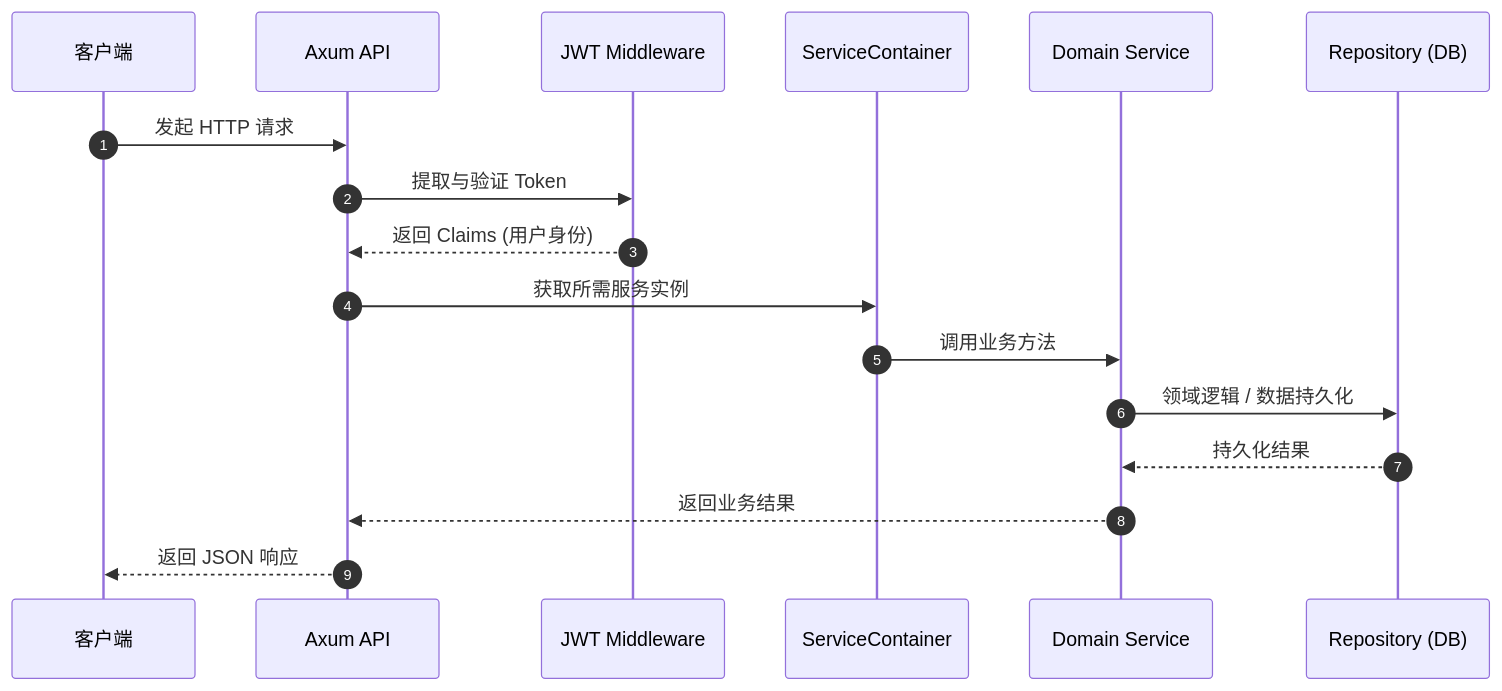
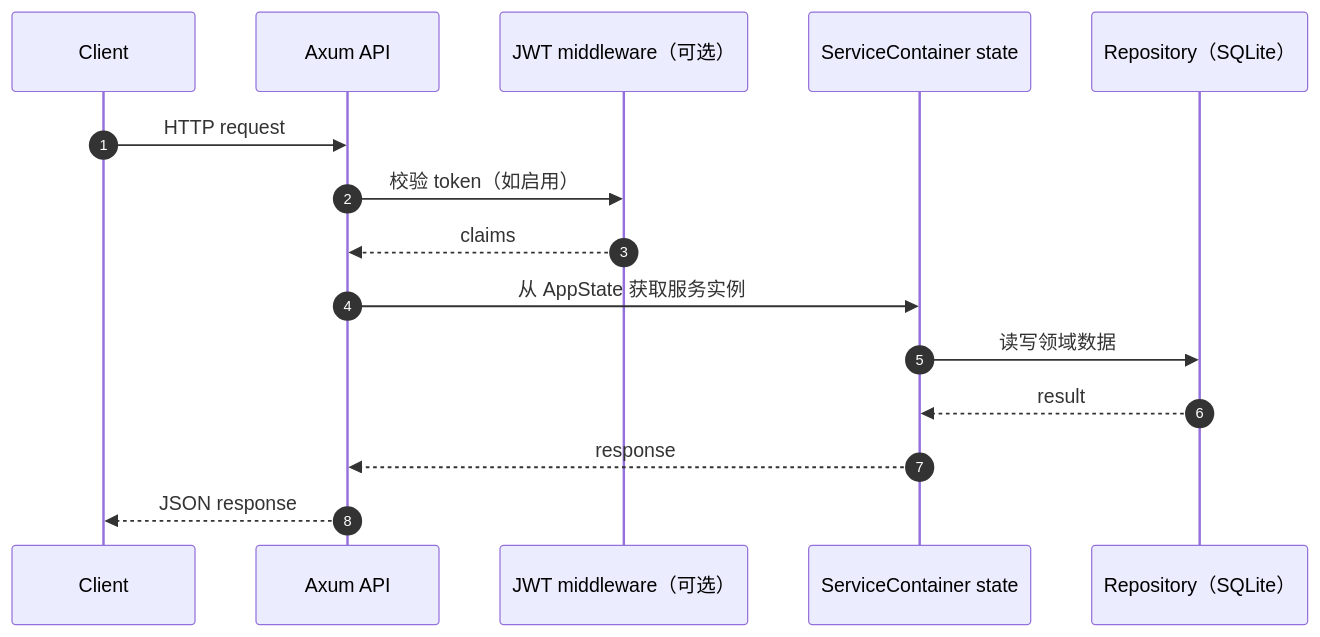
The third of 3 diagrams in rust-srec/docs/zh/concepts/architecture.md (hua0512/rust-srec), drawn with Mermaid before and after one commit. The commit also changed other lines of this file and 28 other files, not shown here.

````diff
--- a/rust-srec/docs/zh/concepts/architecture.md
+++ b/rust-srec/docs/zh/concepts/architecture.md
@@ -111,20 +217,18 @@
 ```mermaid
 sequenceDiagram
-    autonumber
-    participant C as 客户端
-    participant A as Axum API
-    participant J as JWT Middleware
-    participant SC as ServiceContainer
-    participant S as Domain Service
-    participant D as Repository (DB)
-    
-    C->>A: 发起 HTTP 请求
-    A->>J: 提取与验证 Token
-    J-->>A: 返回 Claims (用户身份)
-    A->>SC: 获取所需服务实例
-    SC->>S: 调用业务方法
-    S->>D: 领域逻辑 / 数据持久化
-    D-->>S: 持久化结果
-    S-->>A: 返回业务结果
-    A-->>C: 返回 JSON 响应
+  autonumber
+  participant C as Client
+  participant A as Axum API
+  participant J as JWT middleware（可选）
+  participant S as ServiceContainer state
+  participant R as Repository（SQLite）
+
+  C->>A: HTTP request
+  A->>J: 校验 token（如启用）
+  J-->>A: claims
+  A->>S: 从 AppState 获取服务实例
+  S->>R: 读写领域数据
+  R-->>S: result
+  S-->>A: response
+  A-->>C: JSON response
 ```
````
